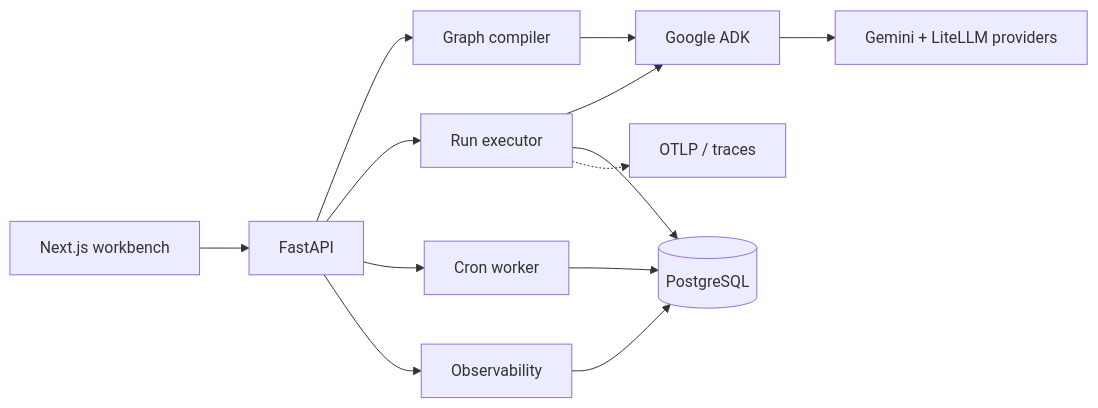
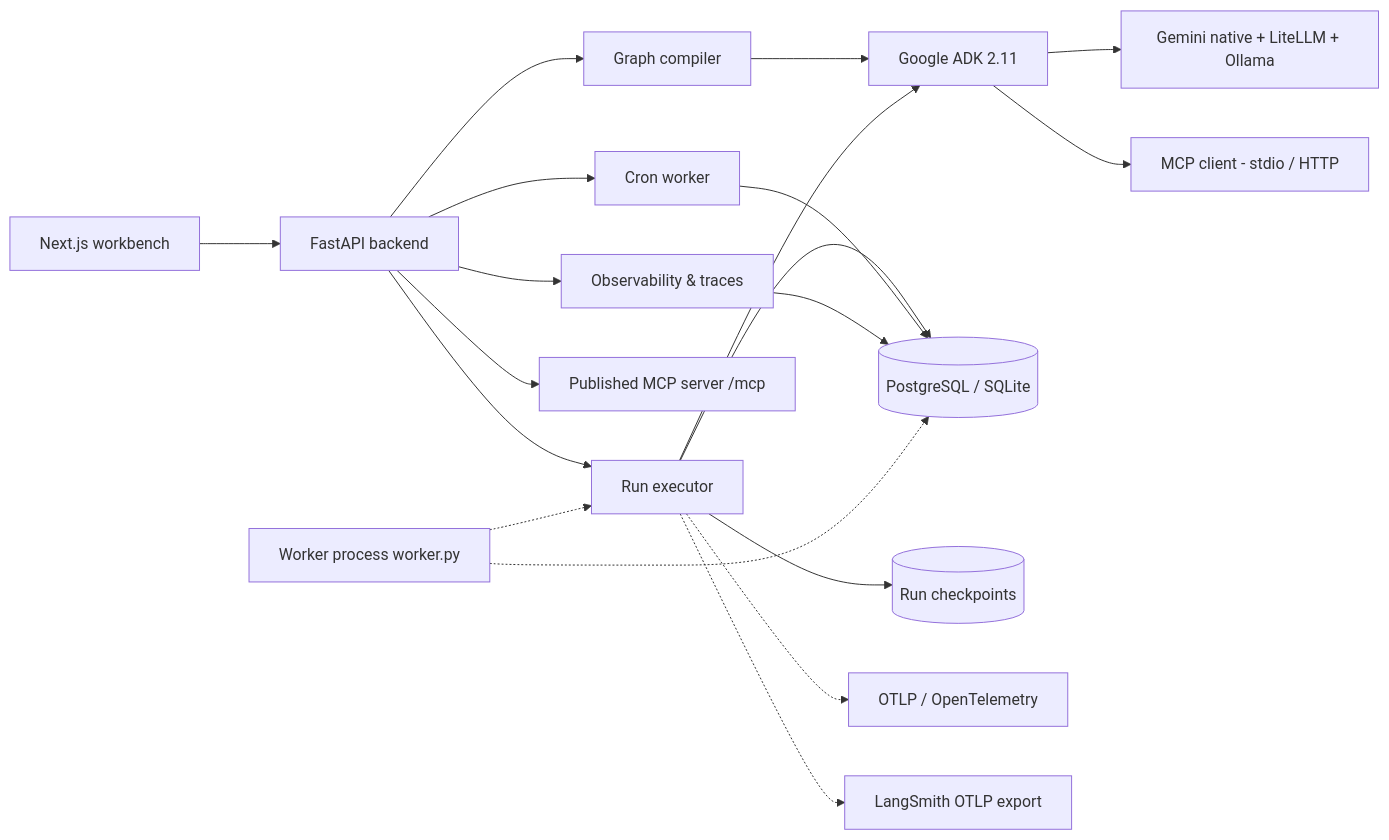
Before and after one commit to himanshu-nakrani/aegis: the diagram in README.md, drawn with Mermaid. The commit also changed other lines of this file, not shown here.

Commit message:
docs: update README with current architecture, durable runs, and MCP/LangSmith features (#89)

````diff
--- a/README.md
+++ b/README.md
@@ -128,15 +134,21 @@
 ```mermaid
 flowchart LR
-  UI[Next.js workbench] --> API[FastAPI]
+  UI[Next.js workbench] --> API[FastAPI backend]
   API --> Compiler[Graph compiler]
   API --> Executor[Run executor]
   API --> Scheduler[Cron worker]
-  Compiler --> ADK[Google ADK]
+  API --> MCPServer[Published MCP server /mcp]
+  Compiler --> ADK[Google ADK 2.11]
   Executor --> ADK
-  ADK --> LLM[Gemini + LiteLLM providers]
-  Executor --> DB[(PostgreSQL)]
+  ADK --> LLM[Gemini native + LiteLLM + Ollama]
+  ADK --> MCPClient[MCP client - stdio / HTTP]
+  Executor --> DB[(PostgreSQL / SQLite)]
+  Executor --> Checkpoints[(Run checkpoints)]
   Scheduler --> DB
-  API --> Obs[Observability]
+  API --> Obs[Observability & traces]
   Obs --> DB
-  Executor -.-> OTLP[OTLP / traces]
+  Executor -.-> OTLP[OTLP / OpenTelemetry]
+  Executor -.-> LangSmith[LangSmith OTLP export]
+  Worker[Worker process worker.py] -.-> DB
+  Worker -.-> Executor
 ```
````
